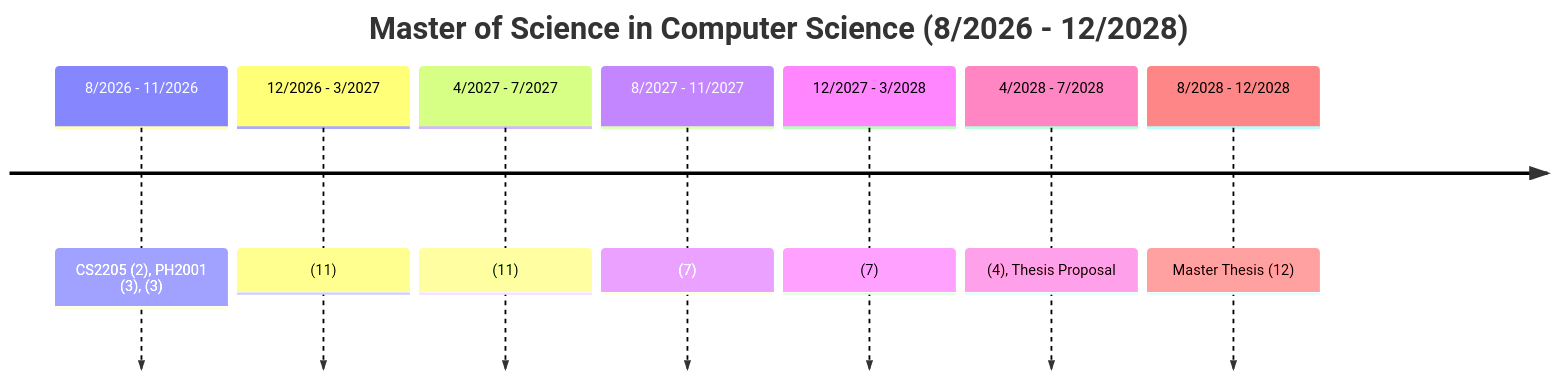
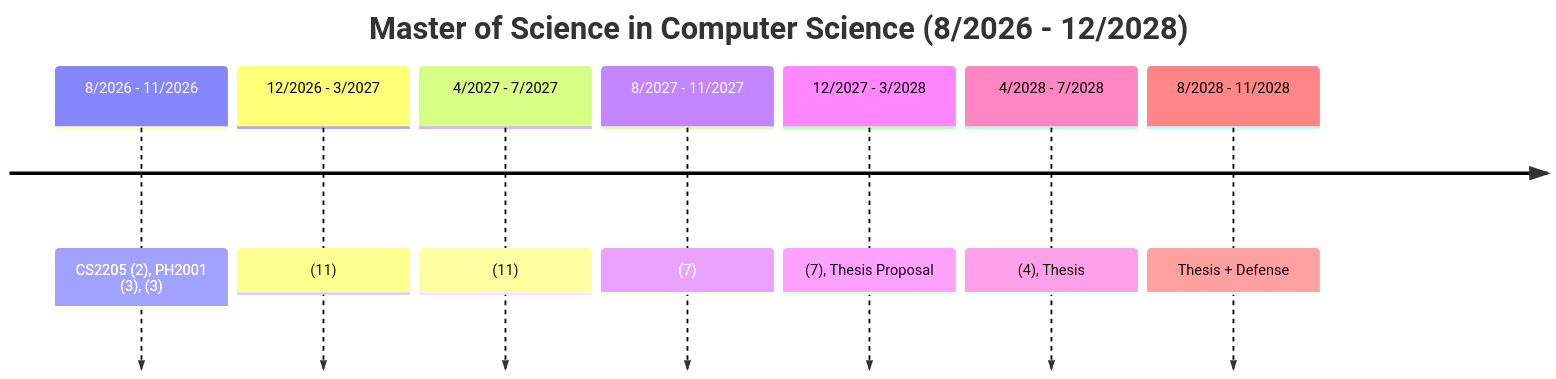
One commit to todayishql/info__master_compsci__weekly changed the diagram in README.md. Above: the diagram before and after it, drawn with Mermaid.

Commit message:
Update thesis schedule and course details in README

````diff
--- a/README.md
+++ b/README.md
@@ -3,28 +3,28 @@
 ```mermaid
 %%{init: { 
   'theme': 'base', 
   'themeVariables': {
     'fontFamily': '"Segoe UI", Roboto, sans-serif',
     'lineColor': '#003366',
     'textColor': '#ffffff',
     'cSection0': '#003366',
     'cSection1': '#003366',
     'cSection2': '#003366',
     'cSection3': '#336699',
     'cSection4': '#336699',
     'cSection5': '#336699',
     'cSection6': '#003366',
     'cSectionBkgColor': '#003366',
     'cSectionTextColor': '#ffffff'
   }
 } }%%
 timeline
     title Master of Science in Computer Science (8/2026 - 12/2028)
     8/2026 - 11/2026 : CS2205 (2), PH2001 (3), (3)
     12/2026 - 3/2027 : (11)
     4/2027 - 7/2027 : (11)
     8/2027 - 11/2027 : (7)
-    12/2027 - 3/2028 : (7)
-    4/2028 - 7/2028 :  (4), Thesis Proposal
-    8/2028 - 12/2028 : Master Thesis (12)
+    12/2027 - 3/2028 : (7), Thesis Proposal
+    4/2028 - 7/2028 :  (4), Thesis
+    8/2028 - 11/2028 : Thesis + Defense
 ```
````
